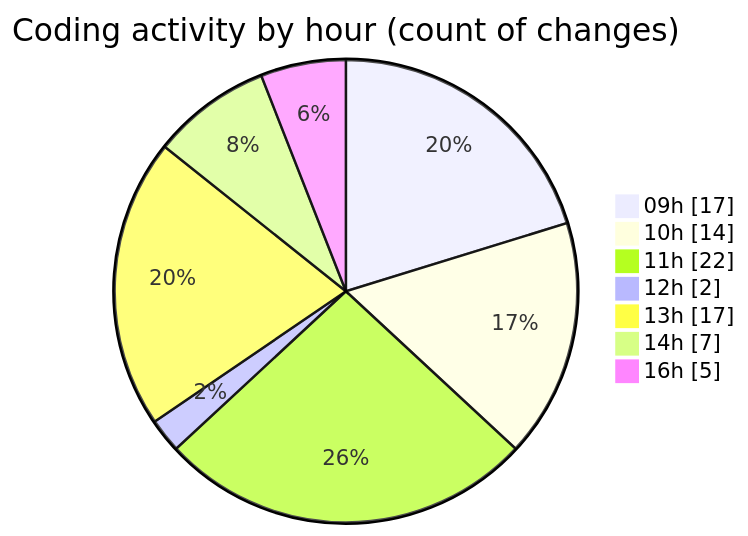
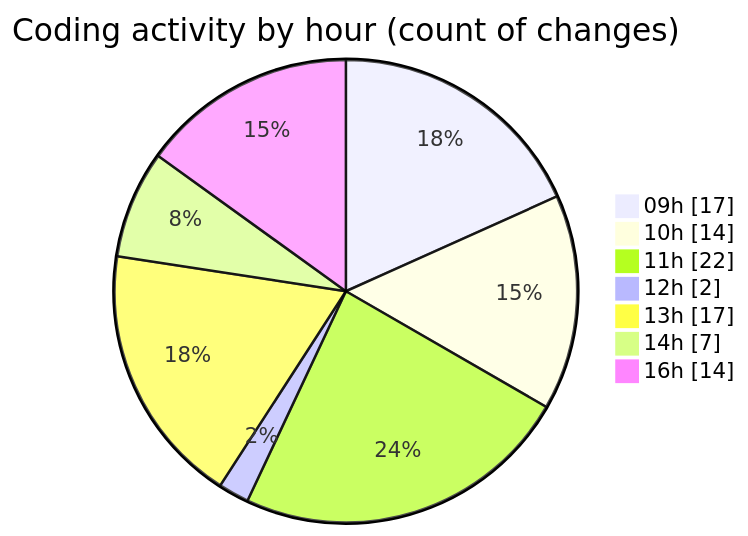
Before and after one commit to momahboobian/code-tracking: the second of 2 diagrams in 2026-04-28/cda/README.md, drawn with Mermaid. The commit also changed other lines of this file and 1 other file, not shown here.

````diff
--- a/2026-04-28/cda/README.md
+++ b/2026-04-28/cda/README.md
@@ -57,11 +58,11 @@
 ```mermaid
 pie showData
 title Coding activity by hour (count of changes)
 "09h" : 17
 "10h" : 14
 "11h" : 22
 "12h" : 2
 "13h" : 17
 "14h" : 7
-"16h" : 5
+"16h" : 14
 ```
````
